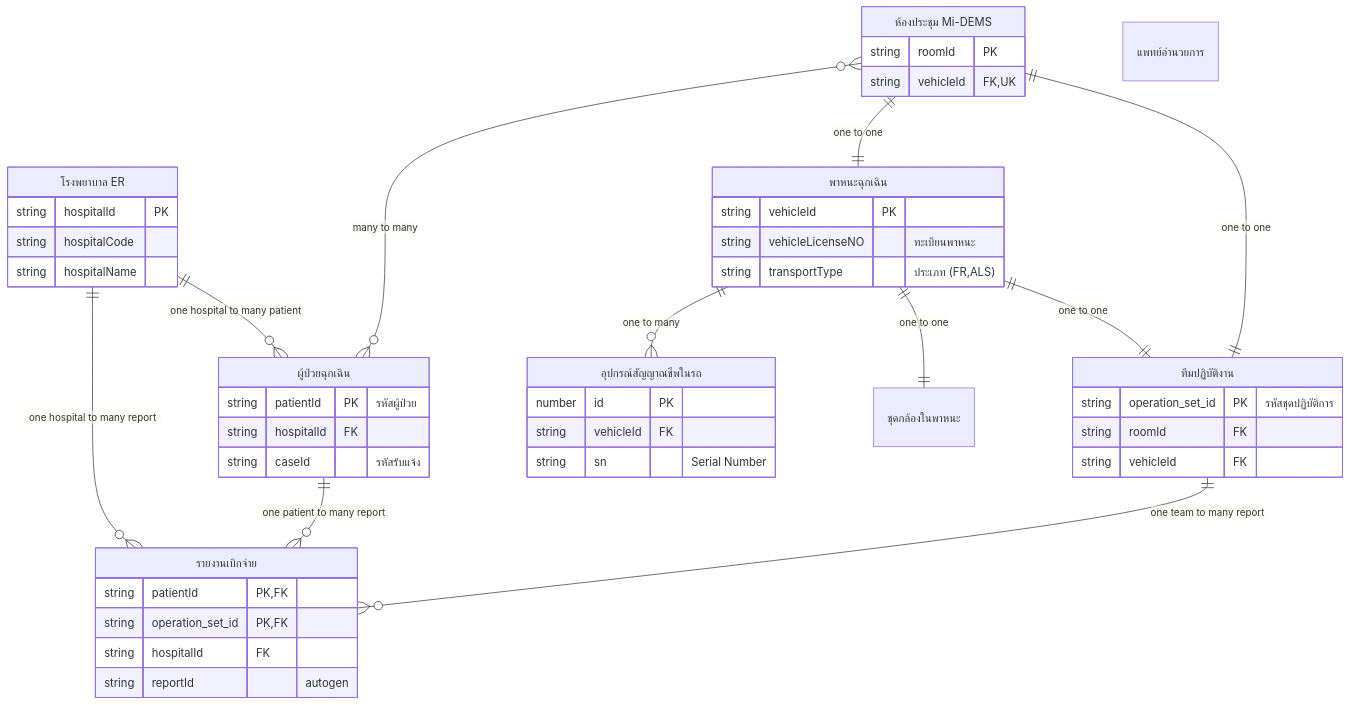
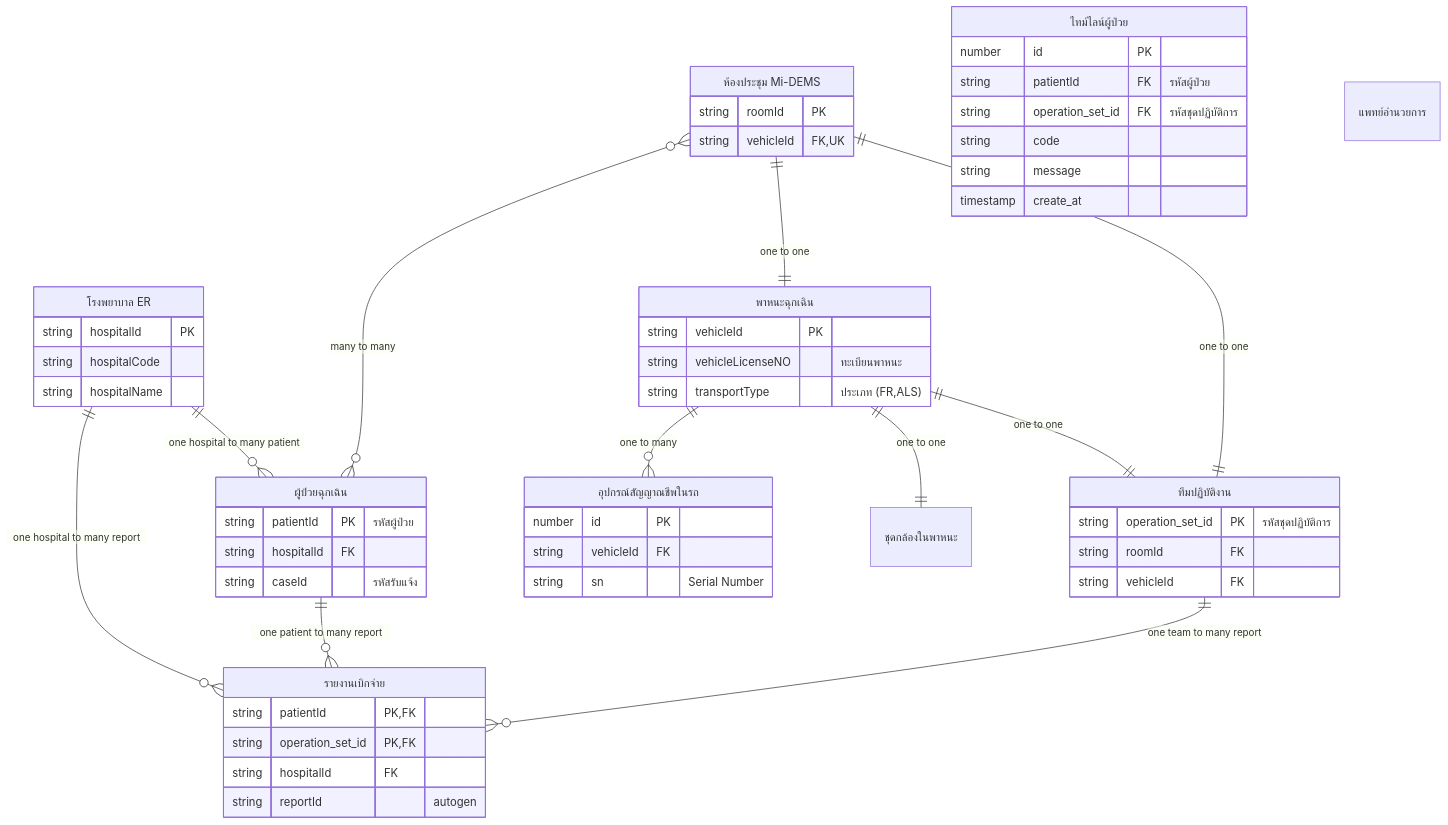
The second of 4 diagrams in README.md (lionants02/Mi-DEMS), drawn with Mermaid before and after one commit. The commit also changed other lines of this file and 1 other file, not shown here.

````diff
--- a/README.md
+++ b/README.md
@@ -14,57 +57,66 @@
 ```mermaid
 erDiagram
     ConferenceRoom["ห้องประชุม Mi-DEMS"]{
         string roomId PK
         string vehicleId FK,UK
     }
     Vehicle["พาหนะฉุกเฉิน"]{
         string vehicleId PK
         string vehicleLicenseNO "ทะเบียนพาหนะ"
         string transportType "ประเภท (FR,ALS)"
     }
 
     Patient["ผู้ป่วยฉุกเฉิน"]{
         string patientId PK "รหัสผู้ป่วย"
         string hospitalId FK
         string caseId "รหัสรับแจ้ง"
+    }
+    
+    PatientTimeline["ไทม์ไลน์ผู้ป่วย"]{
+        number id PK
+        string patientId FK "รหัสผู้ป่วย"
+        string operation_set_id FK "รหัสชุดปฏิบัติการ"
+        string code
+        string message
+        timestamp create_at
     }
 
     Team["ทีมปฏิบัติงาน"]{
         string operation_set_id PK "รหัสชุดปฏิบัติการ"
         string roomId FK
         string vehicleId FK
     }
     VitalSign["อุปกรณ์สัญญาณชีพในรถ"]{
         number id PK
         string vehicleId FK
         string sn "Serial Number"
     }
     IPCam["ชุดกล้องในพาหนะ"]
     Report["รายงานเบิกจ่าย"]{
         string patientId PK,FK
         string operation_set_id PK,FK
         string hospitalId FK
         string reportId "autogen"
     }
     Hospital["โรงพยาบาล ER"]{
         string hospitalId PK
         string hospitalCode
         string hospitalName
     }
     Doctor["แพทย์อำนวยการ"]
 
     ConferenceRoom only one to one Vehicle :"one to one"
     ConferenceRoom many to many Patient: "many to many"
     ConferenceRoom only one to one Team: "one to one"
 
     Vehicle one to many VitalSign:"one to many"
     Vehicle one to one IPCam:"one to one"
     Vehicle one to one Team:"one to one"
 
     Team one to many Report: "one team to many report"
     Patient one to many Report: "one patient to many report"
 
     Hospital one to many Report: "one hospital to many report"
     Hospital one to many Patient: "one hospital to many patient"
 
 ```
````
